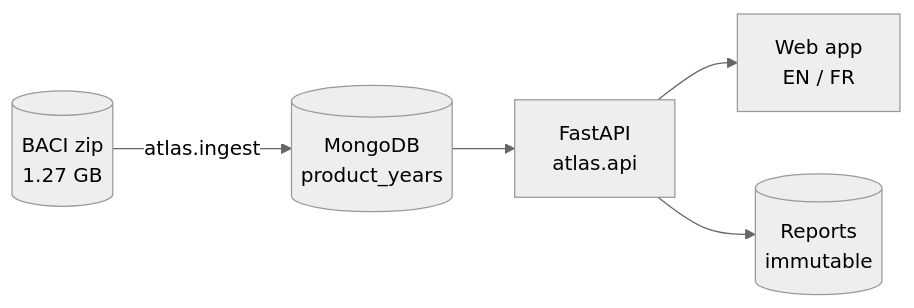
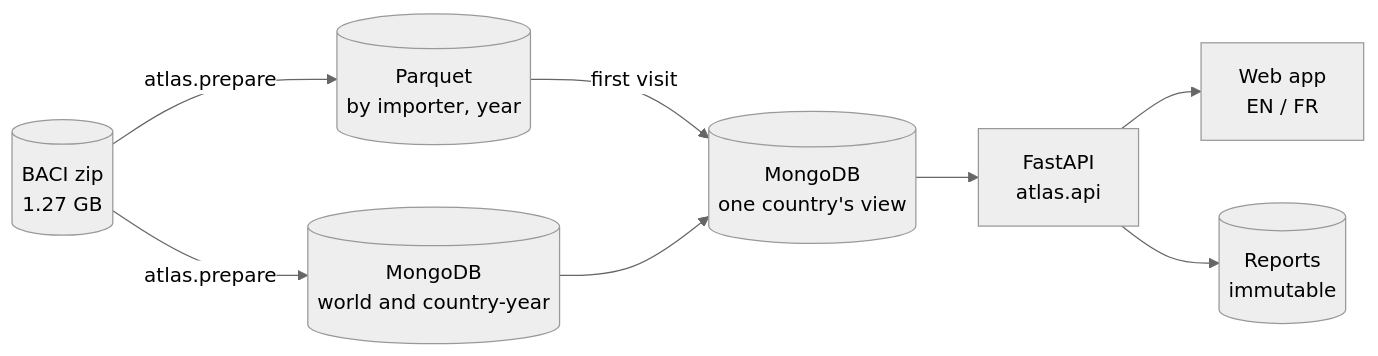
The diagram in README.md (ReguiguiMohamed/AtlasOfDoubt), drawn with Mermaid (neutral theme) before and after one commit. The commit also changed other lines of this file and 30 other files, not shown here.

````diff
--- a/README.md
+++ b/README.md
@@ -21,7 +21,10 @@
 ```mermaid
 flowchart LR
-    Zip[(BACI zip<br>1.27 GB)] -->|atlas.ingest| Mongo[(MongoDB<br>product_years)]
-    Mongo --> API[FastAPI<br>atlas.api]
+    Zip[(BACI zip<br>1.27 GB)] -->|atlas.prepare| Parquet[(Parquet<br>by importer, year)]
+    Zip -->|atlas.prepare| World[(MongoDB<br>world and country-year)]
+    Parquet -->|first visit| Cache[(MongoDB<br>one country's view)]
+    World --> Cache
+    Cache --> API[FastAPI<br>atlas.api]
     API --> Web[Web app<br>EN / FR]
     API --> Reports[(Reports<br>immutable)]
 ```
````
